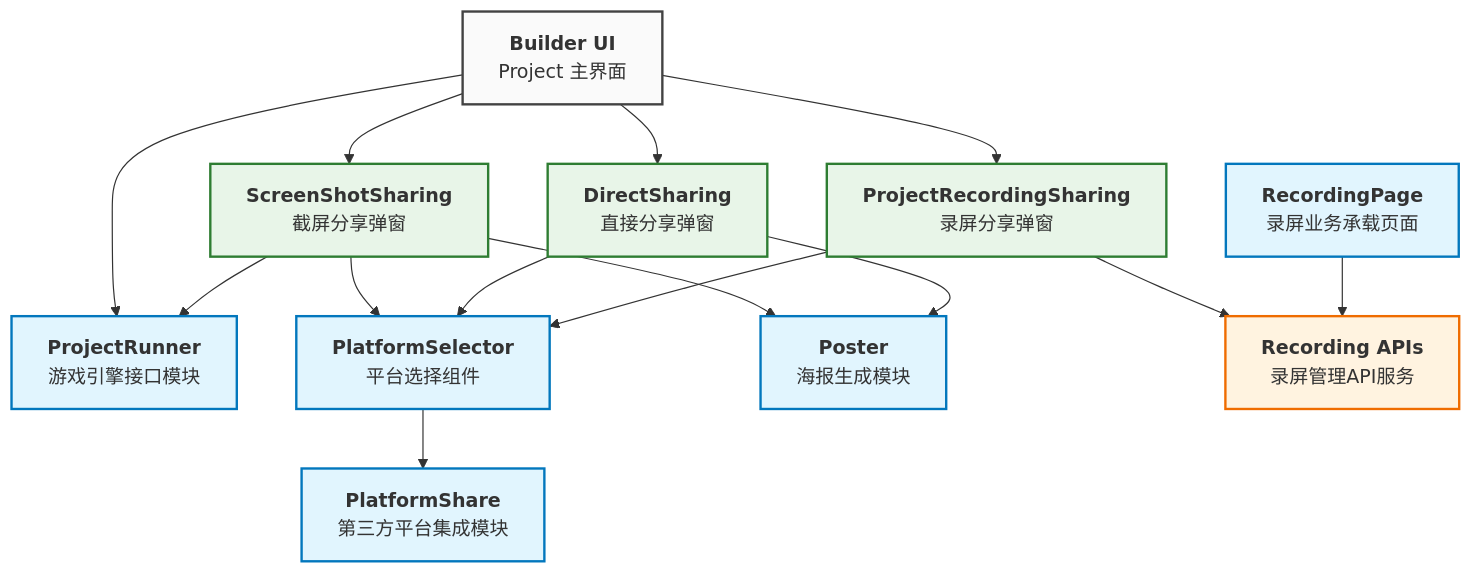
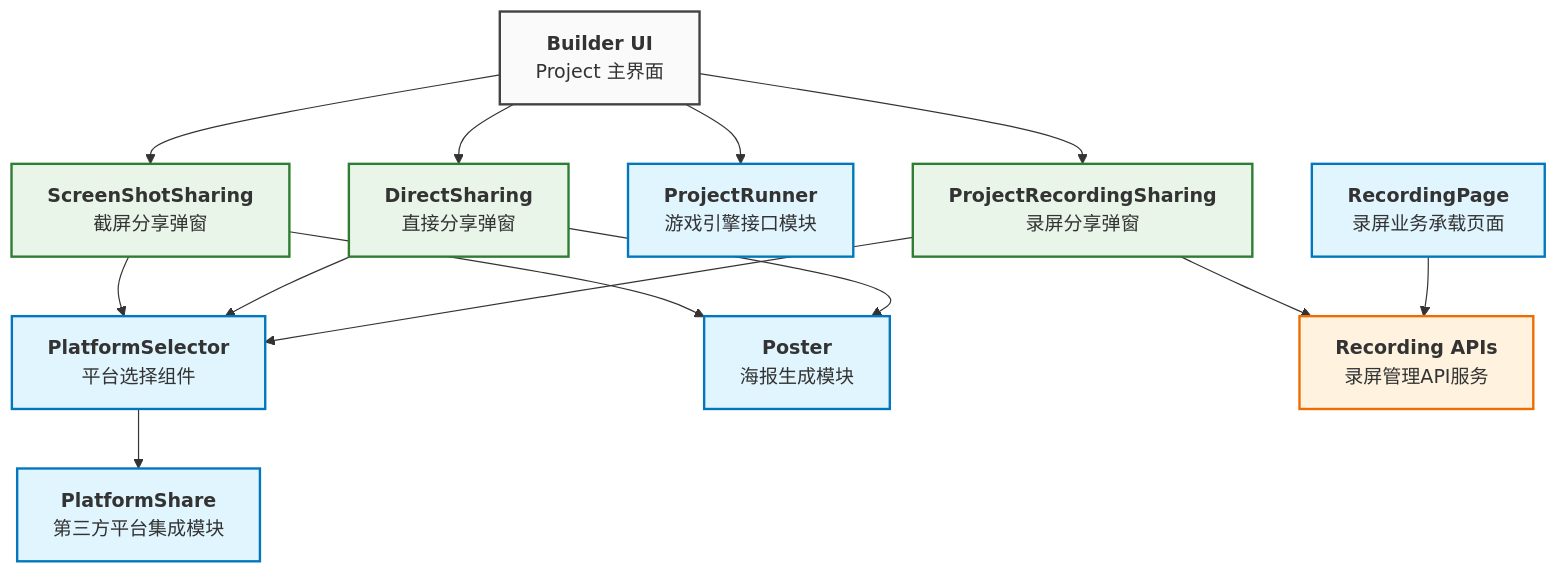
One commit to goplus/builder changed the diagram in docs/develop/share/index.md. Above: the diagram before and after it, drawn with Mermaid.

````diff
--- a/docs/develop/share/index.md
+++ b/docs/develop/share/index.md
@@ -33,75 +33,74 @@
 ```mermaid
 graph TB
     %% XBuilder 主界面
     BuilderUI["`**Builder UI**
     Project 主界面`"]
     
     %% 分享方式 UI 层
     DirectSharing["`**DirectSharing**
     直接分享弹窗`"]
     
     ScreenShotSharing["`**ScreenShotSharing**
     截屏分享弹窗`"]
 
     ProjectRunner["`**ProjectRunner**
     游戏引擎接口模块`"]
     
     ProjectRecordingSharing["`**ProjectRecordingSharing**
     录屏分享弹窗`"]
     
     %% 平台相关模块
     PlatformSelector["`**PlatformSelector**
     平台选择组件`"]
     
     PlatformShare["`**PlatformShare**
     第三方平台集成模块`"]
     
     %% 核心功能模块
     Poster["`**Poster**
     海报生成模块`"]
     
     RecordingPage["`**RecordingPage**
     录屏业务承载页面`"]
     
     RecordingAPIs["`**Recording APIs**
     录屏管理API服务`"]
     
     %% 主界面到分享弹窗
     BuilderUI --> DirectSharing
     BuilderUI --> ScreenShotSharing  
     BuilderUI --> ProjectRecordingSharing
     BuilderUI --> ProjectRunner
     
     %% 分享弹窗到平台选择器
     
     ScreenShotSharing --> PlatformSelector
     DirectSharing --> PlatformSelector
     ProjectRecordingSharing --> PlatformSelector
     
     %% 平台选择器到平台集成
     PlatformSelector --> PlatformShare    
     
     %% 截屏分享流程  
-    ScreenShotSharing --> ProjectRunner
     ScreenShotSharing --> Poster
     DirectSharing --> Poster
     
     %% 录屏分享流程
     ProjectRecordingSharing --> RecordingAPIs
     
     %% 底层协作
     RecordingPage --> RecordingAPIs
     
     %% 样式定义
     classDef coreModule fill:#e1f5fe,stroke:#0277bd,stroke-width:2px
     classDef platformModule fill:#e1f5fe,stroke:#0277bd,stroke-width:2px
     classDef uiModule fill:#e8f5e8,stroke:#2e7d32,stroke-width:2px
     classDef apiModule fill:#fff3e0,stroke:#ef6c00,stroke-width:2px
     classDef builderModule fill:#fafafa,stroke:#424242,stroke-width:2px
     
     class Poster,ProjectRunner,RecordingPage coreModule
     class PlatformSelector,PlatformShare platformModule
     class DirectSharing,ScreenShotSharing,ProjectRecordingSharing uiModule
     class RecordingAPIs apiModule
     class BuilderUI builderModule
 ```
````
